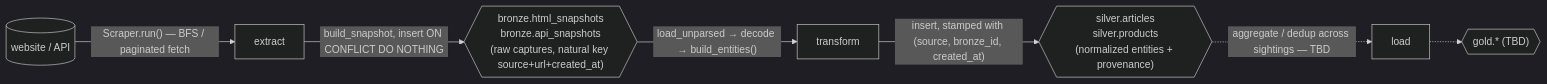
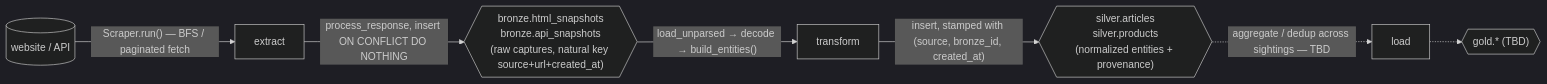
Before and after one commit to quanturtle/galactus: the second of 3 diagrams in README.md, drawn with Mermaid (dark theme). The commit also changed other lines of this file and 9 other files, not shown here.

````diff
--- a/README.md
+++ b/README.md
@@ -175,9 +175,9 @@
 ```mermaid
 flowchart LR
     SRC[("website / API")] -->|"Scraper.run() — BFS / paginated fetch"| EX[extract]
-    EX -->|"build_snapshot, insert ON CONFLICT DO NOTHING"| BR{{"bronze.html_snapshots<br/>bronze.api_snapshots<br/>(raw captures, natural key source+url+created_at)"}}
+    EX -->|"process_response, insert ON CONFLICT DO NOTHING"| BR{{"bronze.html_snapshots<br/>bronze.api_snapshots<br/>(raw captures, natural key source+url+created_at)"}}
     BR -->|"load_unparsed → decode → build_entities()"| TR[transform]
     TR -->|"insert, stamped with (source, bronze_id, created_at)"| SV{{"silver.articles<br/>silver.products<br/>(normalized entities + provenance)"}}
     SV -.->|"aggregate / dedup across sightings — TBD"| LD[load]
     LD -.-> GD{{"gold.* (TBD)"}}
 ```
````
